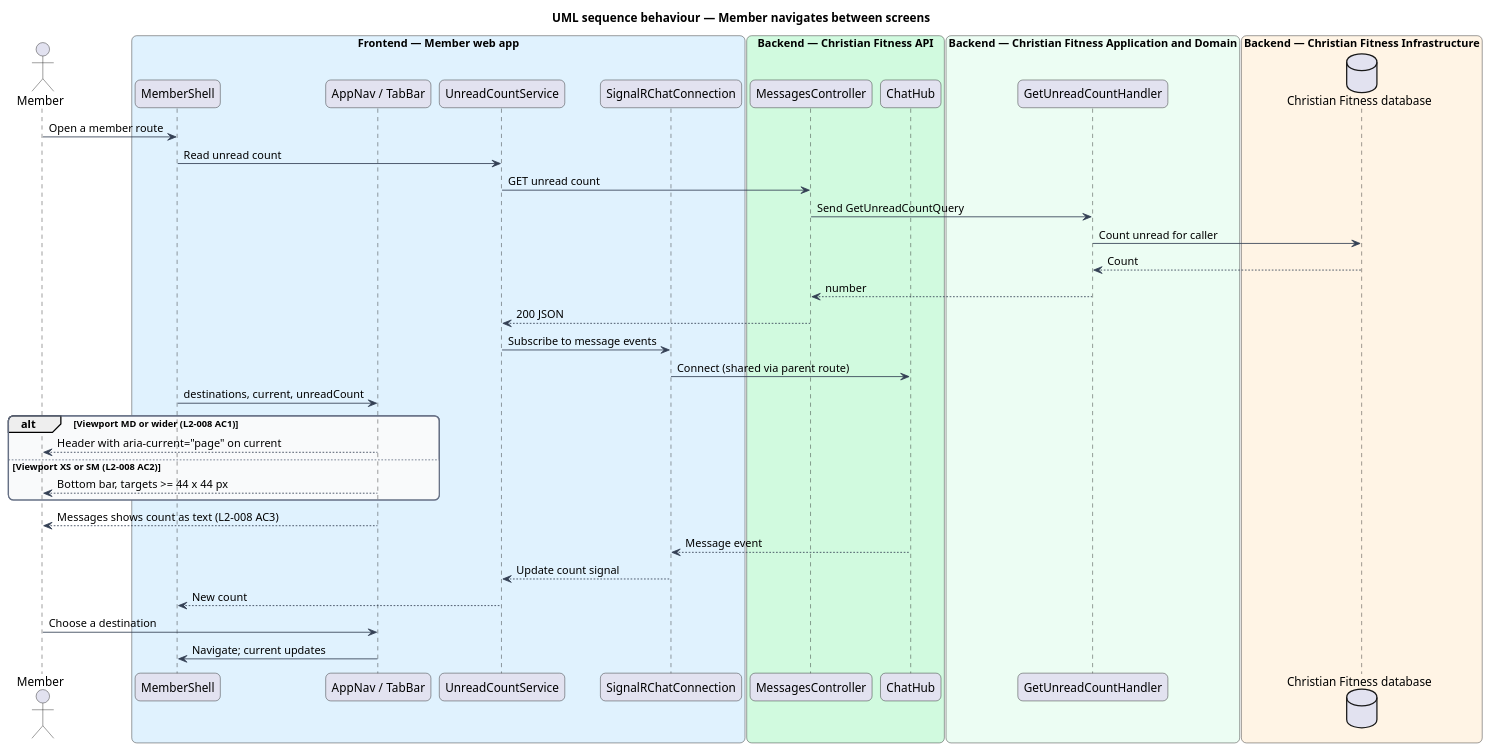
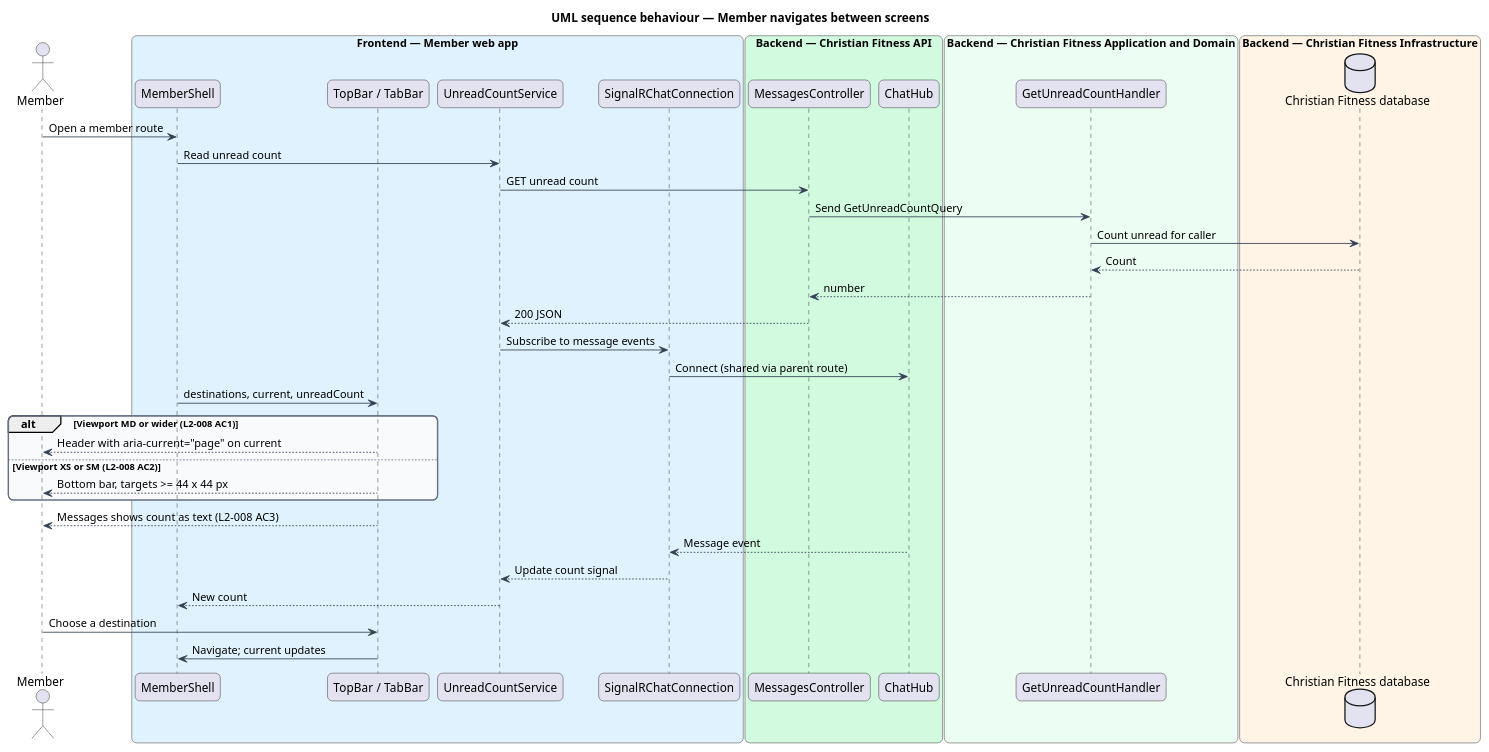
The diagram in docs/detailed-designs/member-home/navigate-member-app/diagrams/sequence-navigate.puml (QuinntyneBrown/christian-fitness), drawn with PlantUML before and after one commit. The commit also changed 18 other files, not shown here.

```diff
--- a/docs/detailed-designs/member-home/navigate-member-app/diagrams/sequence-navigate.puml
+++ b/docs/detailed-designs/member-home/navigate-member-app/diagrams/sequence-navigate.puml
@@ -1,56 +1,56 @@
 @startuml
 title UML sequence behaviour — Member navigates between screens
 skinparam backgroundColor #FFFFFF
 skinparam shadowing false
 skinparam roundcorner 12
 skinparam defaultFontName Arial
 skinparam ArrowColor #344054
 skinparam rectangle {
   BorderColor #344054
   FontColor #101828
 }
 skinparam package {
   BorderColor #667085
   FontColor #101828
   BackgroundColor #F9FAFB
 }
 actor "Member" as actor
 box "Frontend — Member web app" #E0F2FE
   participant "MemberShell" as shell
-  participant "AppNav / TabBar" as nav
+  participant "TopBar / TabBar" as nav
   participant "UnreadCountService" as svc
   participant "SignalRChatConnection" as conn
 end box
 box "Backend — Christian Fitness API" #D1FADF
   participant "MessagesController" as ctrl
   participant "ChatHub" as hub
 end box
 box "Backend — Christian Fitness Application and Domain" #ECFDF3
   participant "GetUnreadCountHandler" as h
 end box
 box "Backend — Christian Fitness Infrastructure" #FFF4E5
   database "Christian Fitness database" as db
 end box
 actor -> shell : Open a member route
 shell -> svc : Read unread count
 svc -> ctrl : GET unread count
 ctrl -> h : Send GetUnreadCountQuery
 h -> db : Count unread for caller
 db --> h : Count
 h --> ctrl : number
 ctrl --> svc : 200 JSON
 svc -> conn : Subscribe to message events
 conn -> hub : Connect (shared via parent route)
 shell -> nav : destinations, current, unreadCount
 alt Viewport MD or wider (L2-008 AC1)
   nav --> actor : Header with aria-current="page" on current
 else Viewport XS or SM (L2-008 AC2)
   nav --> actor : Bottom bar, targets >= 44 x 44 px
 end
 nav --> actor : Messages shows count as text (L2-008 AC3)
 hub --> conn : Message event
 conn --> svc : Update count signal
 svc --> shell : New count
 actor -> nav : Choose a destination
 nav -> shell : Navigate; current updates
 @enduml
```
